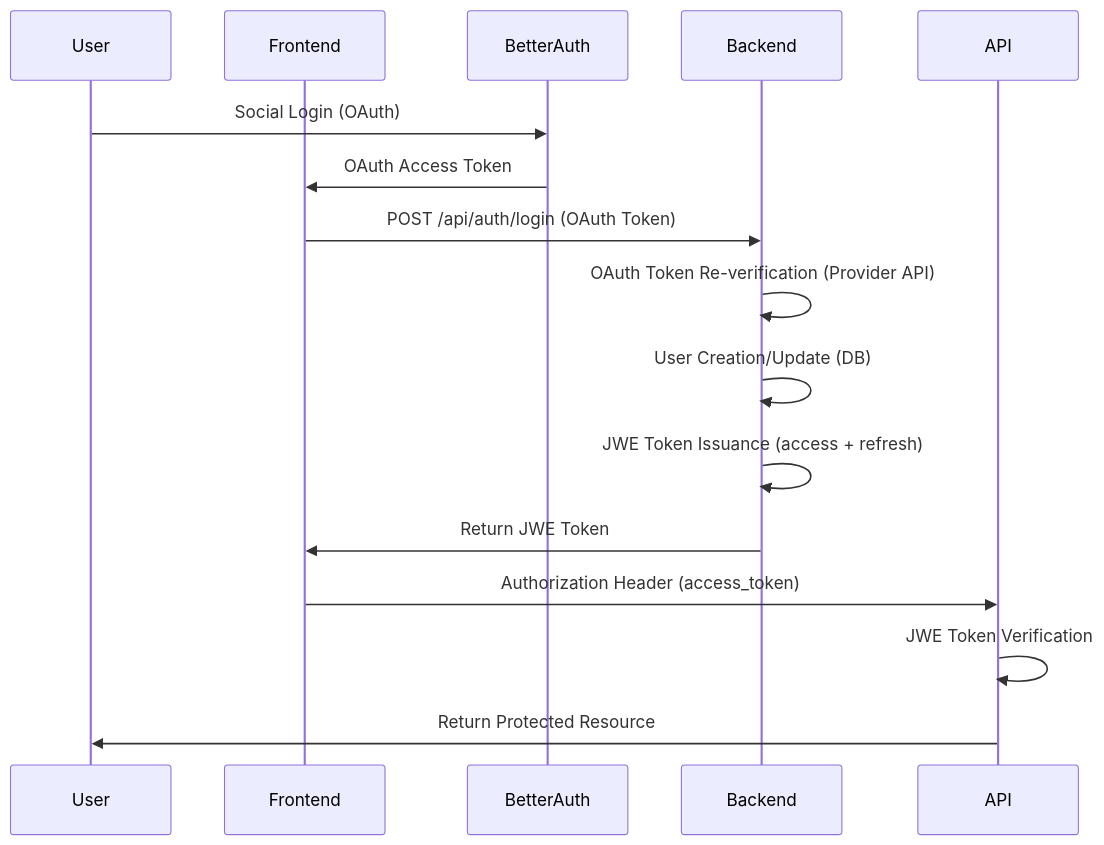
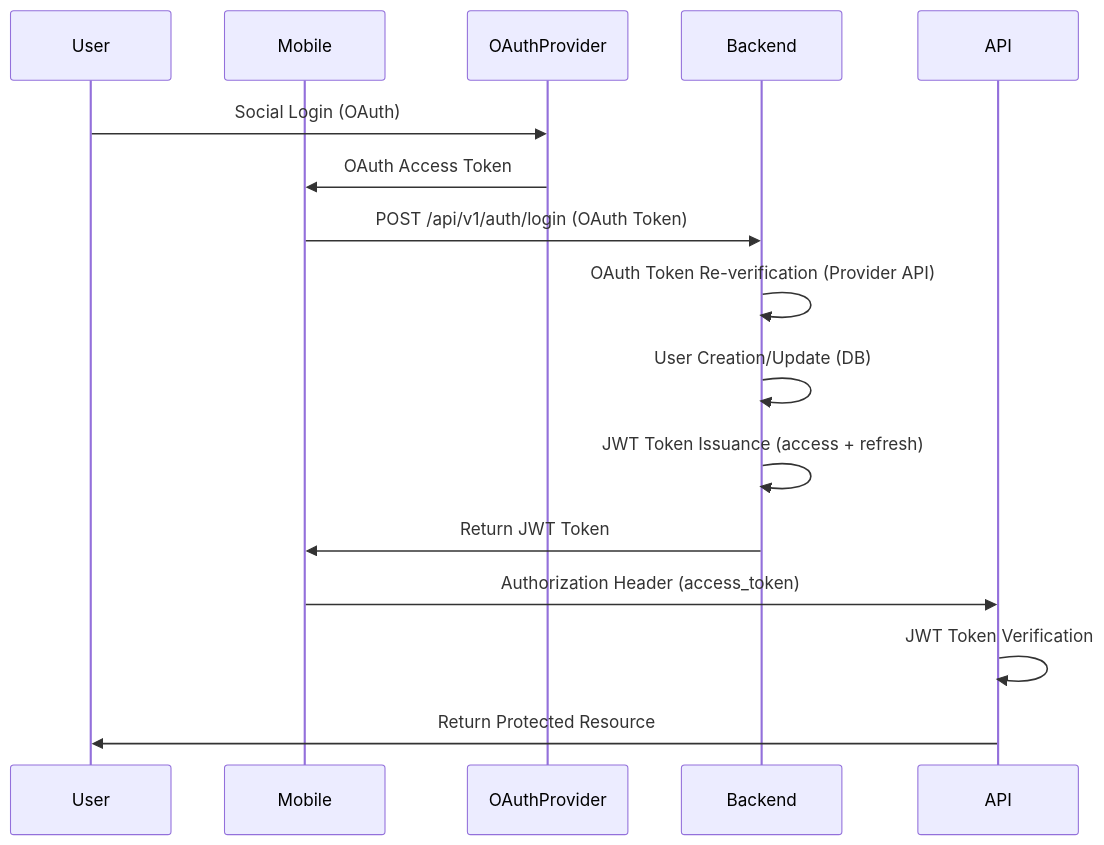
One commit to first-fluke/juny changed the diagram in docs/AUTH.md. Above: the diagram before and after it, drawn with Mermaid. The commit also changed other lines of this file and 7 other files, not shown here.

````diff
--- a/docs/AUTH.md
+++ b/docs/AUTH.md
@@ -9,19 +9,19 @@
 ```mermaid
 sequenceDiagram
     participant User
-    participant Frontend
-    participant BetterAuth
+    participant Mobile
+    participant OAuthProvider
     participant Backend
     participant API
 
-    User->>BetterAuth: Social Login (OAuth)
-    BetterAuth->>Frontend: OAuth Access Token
-    Frontend->>Backend: POST /api/auth/login (OAuth Token)
+    User->>OAuthProvider: Social Login (OAuth)
+    OAuthProvider->>Mobile: OAuth Access Token
+    Mobile->>Backend: POST /api/v1/auth/login (OAuth Token)
     Backend->>Backend: OAuth Token Re-verification (Provider API)
     Backend->>Backend: User Creation/Update (DB)
-    Backend->>Backend: JWE Token Issuance (access + refresh)
-    Backend->>Frontend: Return JWE Token
-    Frontend->>API: Authorization Header (access_token)
-    API->>API: JWE Token Verification
+    Backend->>Backend: JWT Token Issuance (access + refresh)
+    Backend->>Mobile: Return JWT Token
+    Mobile->>API: Authorization Header (access_token)
+    API->>API: JWT Token Verification
     API->>User: Return Protected Resource
 ```
````
